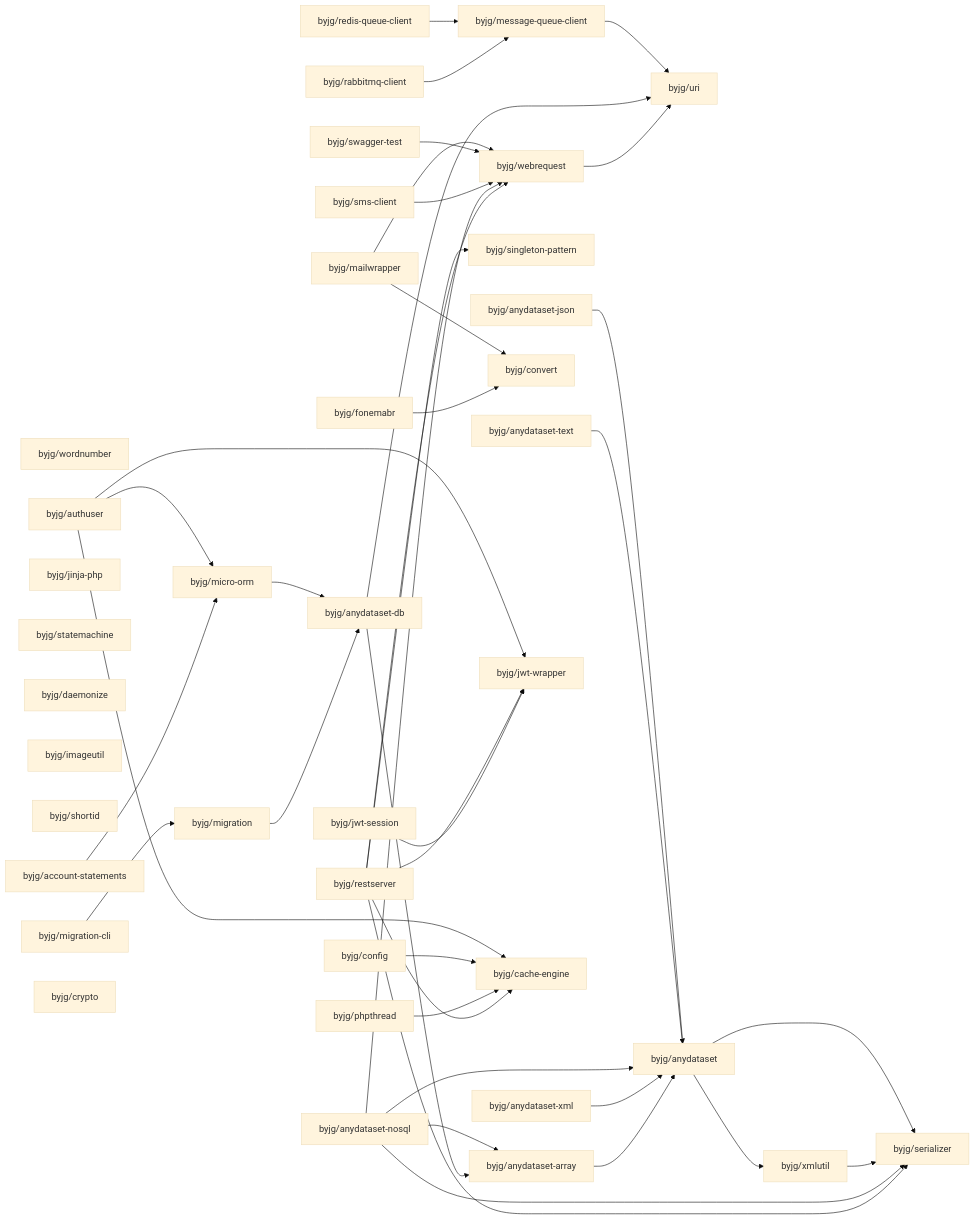
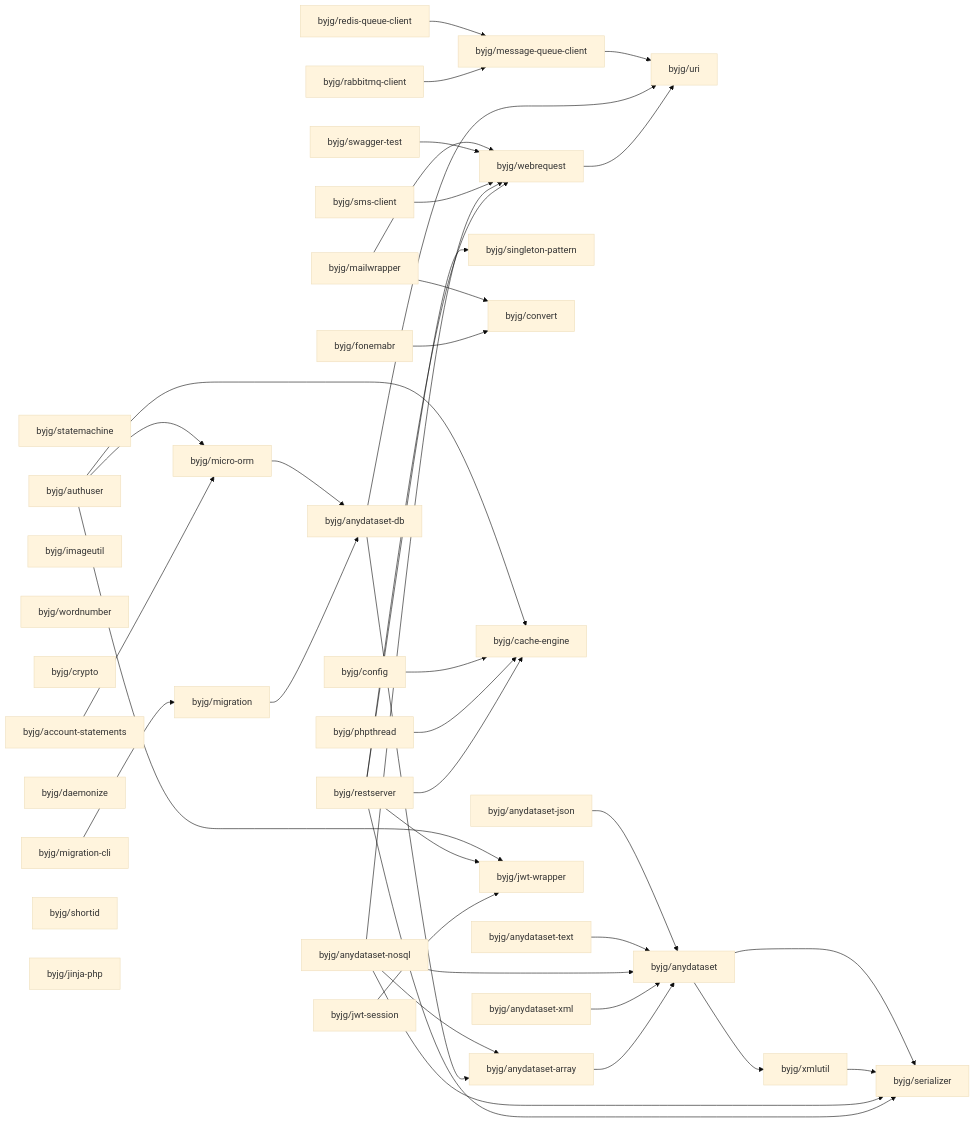
One commit to byjg/byjg.github.io changed the diagram in docs/php/README.md. Above: the diagram before and after it, drawn with Mermaid (base theme). The commit also changed other lines of this file, not shown here.

Commit message:
Update documentation 'php' 'php-anydataset-array'

````diff
--- a/docs/php/README.md
+++ b/docs/php/README.md
@@ -3,78 +3,78 @@
 ```mermaid
 graph LR;
+  byjg/rabbitmq-client;
+  byjg/mailwrapper;
+  byjg/statemachine;
+  byjg/restserver;
+  byjg/anydataset-nosql;
+  byjg/account-statements;
+  byjg/imageutil;
+  byjg/anydataset-xml;
+  byjg/swagger-test;
+  byjg/wordnumber;
+  byjg/phpthread;
+  byjg/crypto;
+  byjg/fonemabr;
+  byjg/migration-cli;
   byjg/config;
-  byjg/wordnumber;
-  byjg/account-statements;
-  byjg/anydataset-nosql;
+  byjg/anydataset-text;
+  byjg/daemonize;
+  byjg/authuser;
+  byjg/anydataset-json;
+  byjg/shortid;
+  byjg/redis-queue-client;
+  byjg/jwt-session;
   byjg/jinja-php;
-  byjg/anydataset-xml;
-  byjg/jwt-session;
-  byjg/swagger-test;
-  byjg/anydataset-text;
-  byjg/statemachine;
-  byjg/daemonize;
-  byjg/anydataset-json;
-  byjg/imageutil;
-  byjg/rabbitmq-client;
-  byjg/shortid;
-  byjg/restserver;
-  byjg/redis-queue-client;
-  byjg/migration-cli;
-  byjg/fonemabr;
-  byjg/mailwrapper;
   byjg/sms-client;
-  byjg/authuser;
-  byjg/crypto;
-  byjg/phpthread;
   byjg/singleton-pattern;
+  byjg/convert;
+  byjg/migration;
+  byjg/micro-orm;
+  byjg/cache-engine;
   byjg/message-queue-client;
-  byjg/migration;
-  byjg/convert;
+  byjg/jwt-wrapper;
   byjg/webrequest;
-  byjg/micro-orm;
-  byjg/jwt-wrapper;
-  byjg/cache-engine;
   byjg/anydataset-db;
   byjg/anydataset-array;
   byjg/uri;
   byjg/anydataset;
   byjg/xmlutil;
   byjg/serializer;
   byjg/account-statements --> byjg/micro-orm;
   byjg/fonemabr --> byjg/convert;
   byjg/webrequest --> byjg/uri;
   byjg/anydataset-array --> byjg/anydataset;
   byjg/anydataset-xml --> byjg/anydataset;
   byjg/rabbitmq-client --> byjg/message-queue-client;
   byjg/redis-queue-client --> byjg/message-queue-client;
   byjg/jwt-session --> byjg/jwt-wrapper;
   byjg/anydataset-db --> byjg/anydataset-array;
   byjg/anydataset-db --> byjg/uri;
   byjg/restserver --> byjg/serializer;
   byjg/restserver --> byjg/singleton-pattern;
   byjg/restserver --> byjg/cache-engine;
   byjg/restserver --> byjg/webrequest;
   byjg/restserver --> byjg/jwt-wrapper;
   byjg/migration --> byjg/anydataset-db;
   byjg/anydataset-nosql --> byjg/anydataset;
   byjg/anydataset-nosql --> byjg/anydataset-array;
   byjg/anydataset-nosql --> byjg/serializer;
   byjg/anydataset-nosql --> byjg/webrequest;
   byjg/phpthread --> byjg/cache-engine;
   byjg/sms-client --> byjg/webrequest;
   byjg/swagger-test --> byjg/webrequest;
   byjg/migration-cli --> byjg/migration;
   byjg/config --> byjg/cache-engine;
   byjg/anydataset-text --> byjg/anydataset;
   byjg/micro-orm --> byjg/anydataset-db;
   byjg/authuser --> byjg/micro-orm;
   byjg/authuser --> byjg/cache-engine;
   byjg/authuser --> byjg/jwt-wrapper;
   byjg/anydataset-json --> byjg/anydataset;
   byjg/mailwrapper --> byjg/convert;
   byjg/mailwrapper --> byjg/webrequest;
   byjg/xmlutil --> byjg/serializer;
   byjg/anydataset --> byjg/serializer;
   byjg/anydataset --> byjg/xmlutil;
   byjg/message-queue-client --> byjg/uri;
 ```
````
